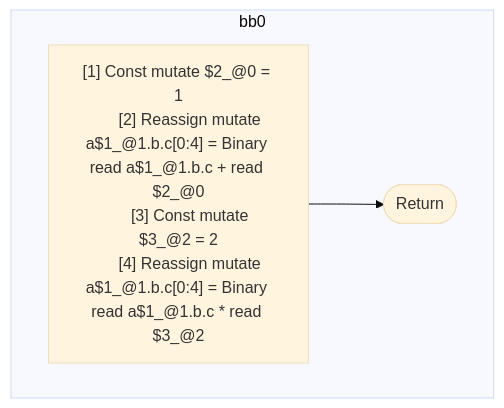
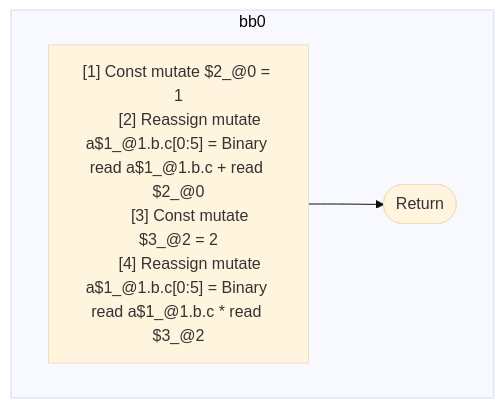
The second of 2 diagrams in compiler/forget/src/__tests__/fixtures/hir/assignment-variations.expect.md (wutsmog/private), drawn with Mermaid (base theme) before and after one commit. The commit also changed other lines of this file and 45 other files, not shown here.

````diff
--- a/compiler/forget/src/__tests__/fixtures/hir/assignment-variations.expect.md
+++ b/compiler/forget/src/__tests__/fixtures/hir/assignment-variations.expect.md
@@ -80,16 +80,16 @@
 ```mermaid
 flowchart TB
   %% Basic Blocks
   subgraph bb0
     bb0_instrs["
       [1] Const mutate $2_@0 = 1
-      [2] Reassign mutate a$1_@1.b.c[0:4] = Binary read a$1_@1.b.c + read $2_@0
+      [2] Reassign mutate a$1_@1.b.c[0:5] = Binary read a$1_@1.b.c + read $2_@0
       [3] Const mutate $3_@2 = 2
-      [4] Reassign mutate a$1_@1.b.c[0:4] = Binary read a$1_@1.b.c * read $3_@2
+      [4] Reassign mutate a$1_@1.b.c[0:5] = Binary read a$1_@1.b.c * read $3_@2
     "]
     bb0_instrs --> bb0_terminal(["Return"])
   end
 
   %% Jumps
   %% empty
 ```
````
